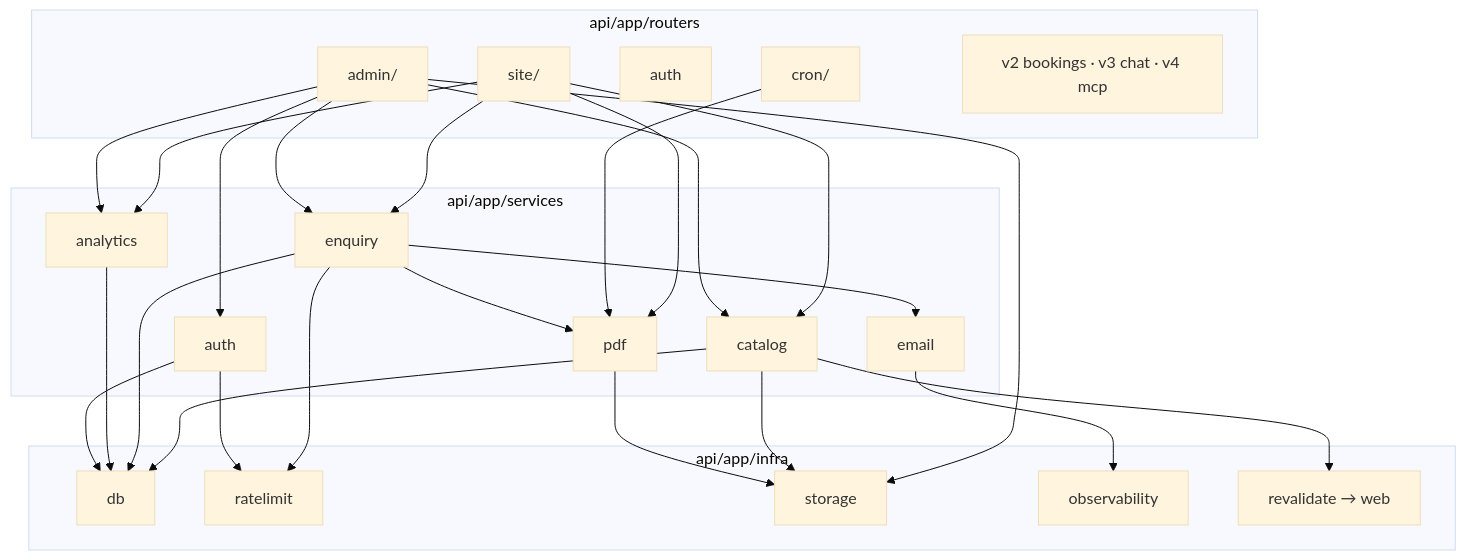
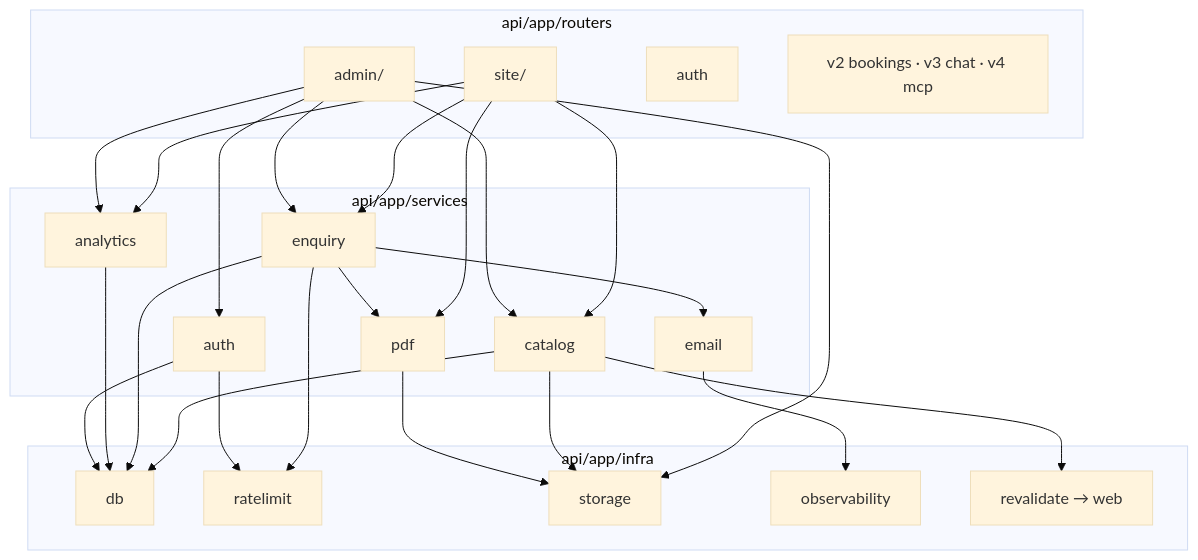
One commit to virajdomadia/tripsmith changed the second of 3 diagrams in docs/05-architecture.md. Above: the diagram before and after it, drawn with Mermaid (base theme). The commit also changed other lines of this file and 140 other files, not shown here.

````diff
--- a/docs/05-architecture.md
+++ b/docs/05-architecture.md
@@ -95,18 +94,17 @@
 ```mermaid
 flowchart TB
   subgraph ROUTERS["api/app/routers"]
-    PUB[site/] ; ADM[admin/] ; AUTHR[auth] ; CRON[cron/] ; LATER[v2 bookings · v3 chat · v4 mcp]
+    PUB[site/] ; ADM[admin/] ; AUTHR[auth] ; LATER[v2 bookings · v3 chat · v4 mcp]
   end
   subgraph SERVICES["api/app/services"]
     CAT[catalog] ; ENQ[enquiry] ; PDF[pdf] ; MAIL[email] ; AUTH[auth] ; ANA[analytics]
   end
   subgraph INFRA["api/app/infra"]
     DB[db] ; RL[ratelimit] ; ST[storage] ; OBS[observability] ; REV[revalidate → web]
   end
   PUB --> CAT & ENQ & PDF & ANA
   ADM --> CAT & ENQ & ANA & ST & AUTH
-  CRON --> PDF
   ENQ --> MAIL & PDF & RL
   CAT --> DB & ST & REV
   ENQ --> DB ; PDF --> ST ; ANA --> DB ; AUTH --> DB & RL ; MAIL --> OBS
 ```
````
